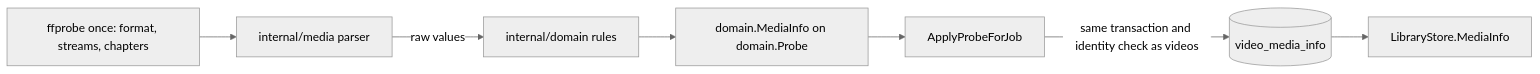
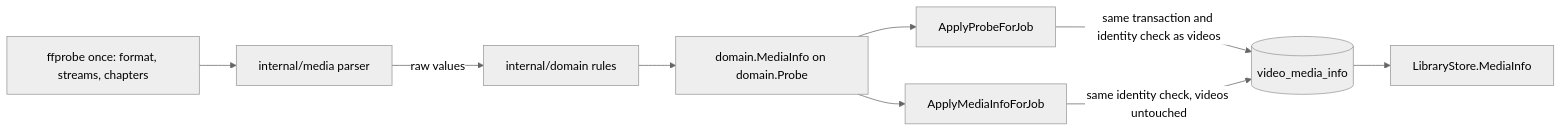
One commit to syudead/vv changed the diagram in docs/design-docs/media-information.md. Above: the diagram before and after it, drawn with Mermaid (neutral theme). The commit also changed other lines of this file and 22 other files, not shown here.

First line of the commit message:
feat(media-info): re-analyse imported videos in a background metadata job (specs/056-media-info)

````diff
--- a/docs/design-docs/media-information.md
+++ b/docs/design-docs/media-information.md
@@ -13,9 +13,11 @@
 ```mermaid
 flowchart LR
   ffprobe[ffprobe once: format, streams, chapters] --> parser[internal/media parser]
   parser -->|raw values| rules[internal/domain rules]
   rules --> info[domain.MediaInfo on domain.Probe]
   info --> apply[ApplyProbeForJob]
+  info --> again[ApplyMediaInfoForJob]
   apply -->|same transaction and identity check as videos| row[(video_media_info)]
+  again -->|same identity check, videos untouched| row
   row --> read[LibraryStore.MediaInfo]
 ```
````
